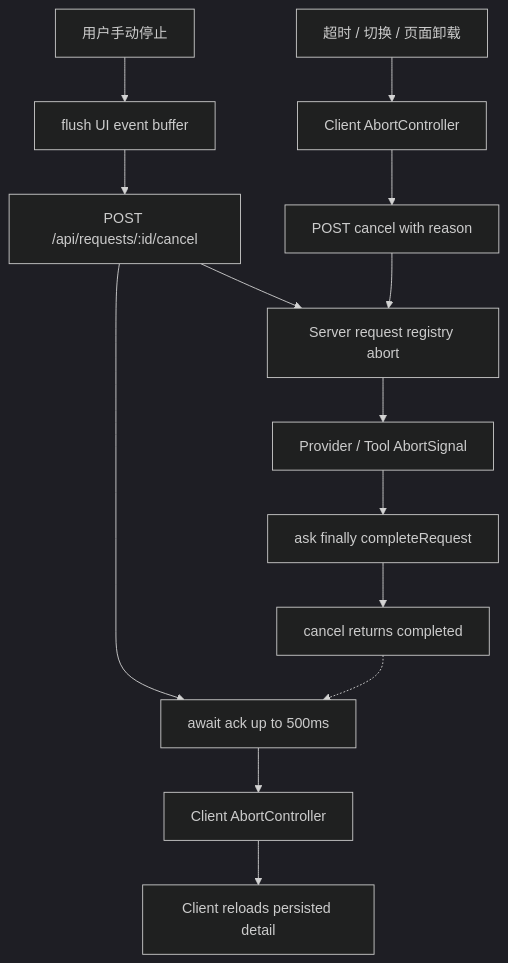
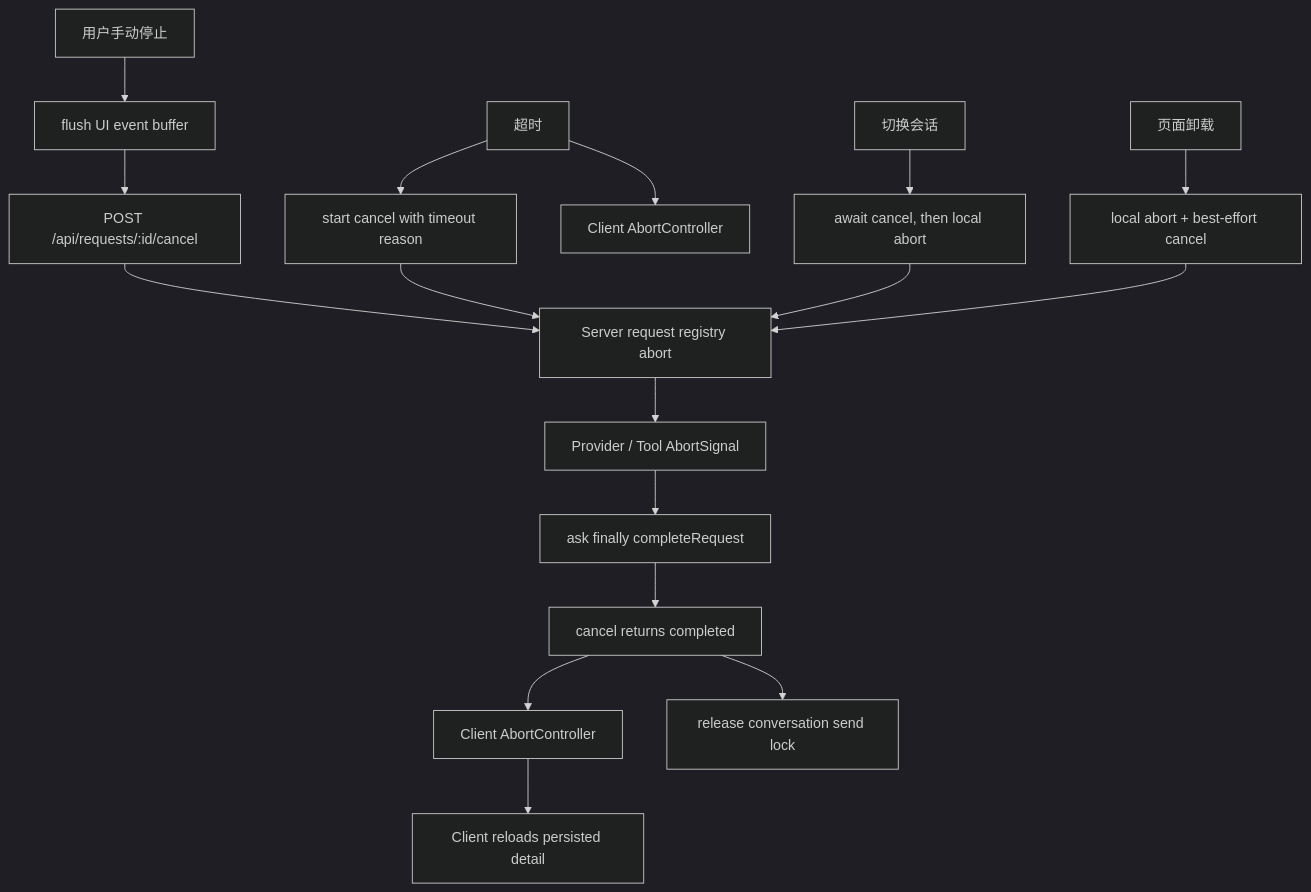
The ninth of 9 diagrams in docs/architecture.md (imingsmings/chatbot-dev), drawn with Mermaid (dark theme) before and after one commit. The commit also changed other lines of this file and 30 other files, not shown here.

````diff
--- a/docs/architecture.md
+++ b/docs/architecture.md
@@ -321,17 +322,21 @@
 ```mermaid
 flowchart TD
   Manual["用户手动停止"] --> Flush["flush UI event buffer"]
   Flush --> Cancel["POST /api/requests/:id/cancel"]
-  Cancel --> Deadline["await ack up to 500ms"]
   Cancel --> Registry["Server request registry abort"]
   Registry --> Upstream["Provider / Tool AbortSignal"]
   Upstream --> Complete["ask finally completeRequest"]
   Complete --> Ack["cancel returns completed"]
-  Ack -.-> Deadline
-  Deadline --> LocalAbort["Client AbortController"]
+  Ack --> LocalAbort["Client AbortController"]
   LocalAbort --> Reconcile["Client reloads persisted detail"]
 
-  NonManual["超时 / 切换 / 页面卸载"] --> EarlyAbort["Client AbortController"]
-  EarlyAbort --> ReasonedCancel["POST cancel with reason"]
+  Timeout["超时"] --> ReasonedCancel["start cancel with timeout reason"]
+  Timeout --> EarlyAbort["Client AbortController"]
   ReasonedCancel --> Registry
+  Ack --> Unlock["release conversation send lock"]
+
+  Transition["切换会话"] --> TransitionCancel["await cancel, then local abort"]
+  TransitionCancel --> Registry
+  Unmount["页面卸载"] --> BestEffort["local abort + best-effort cancel"]
+  BestEffort --> Registry
 ```
````
